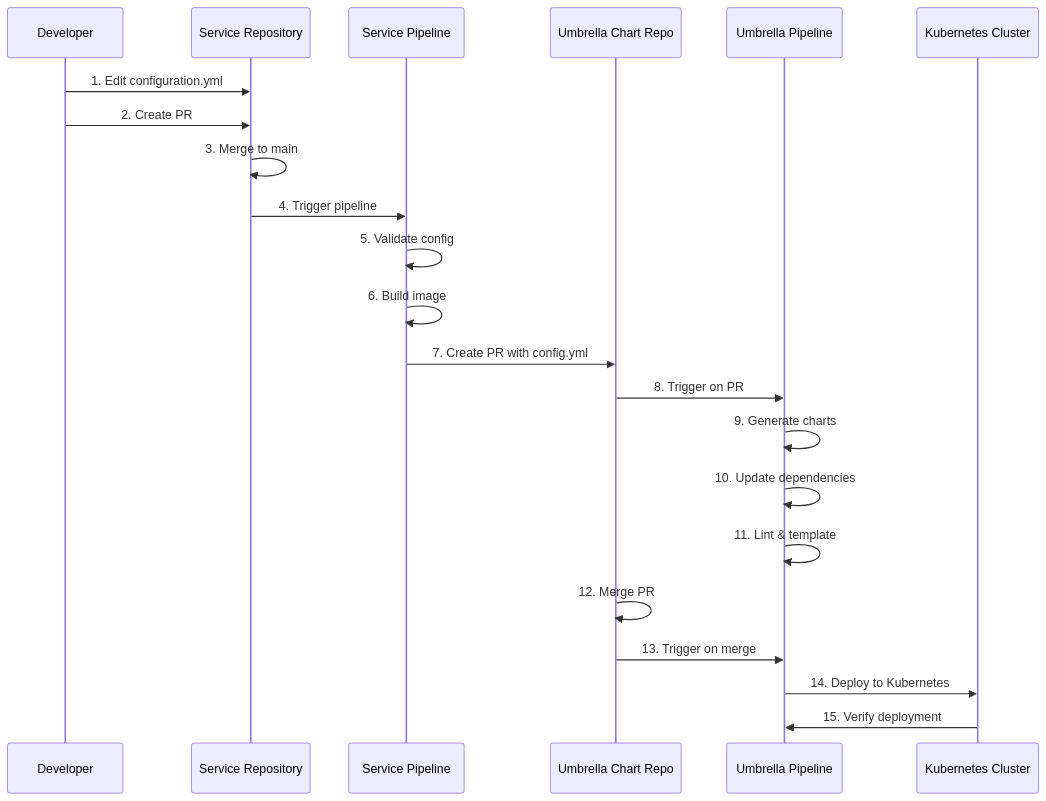
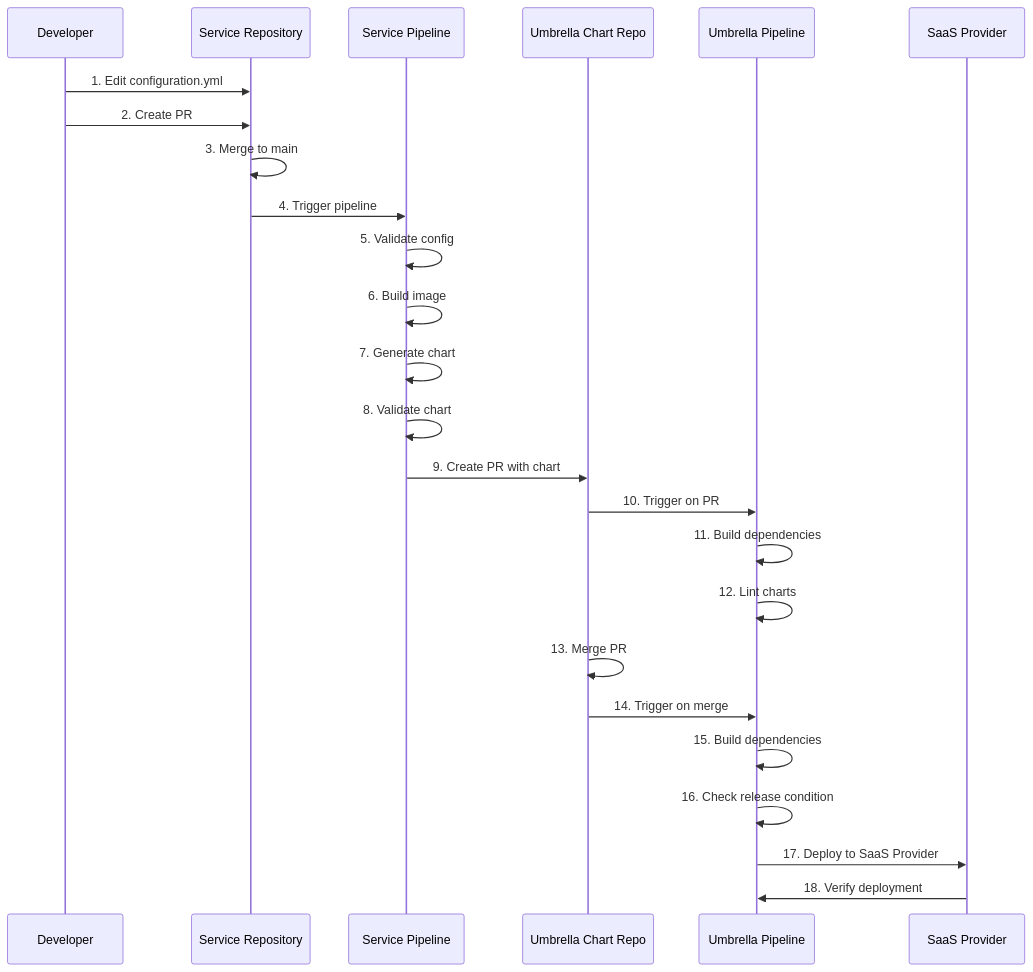
One commit to caretak3r/helm-factory changed the fourth of 11 diagrams in ADR.md. Above: the diagram before and after it, drawn with Mermaid. The commit also changed other lines of this file, not shown here.

````diff
--- a/ADR.md
+++ b/ADR.md
@@ -379,28 +383,31 @@
 ```mermaid
 sequenceDiagram
     participant Dev as Developer
     participant ServiceRepo as Service Repository
     participant ServicePipeline as Service Pipeline
     participant UmbrellaRepo as Umbrella Chart Repo
     participant UmbrellaPipeline as Umbrella Pipeline
-    participant K8S as Kubernetes Cluster
+    participant SaaS as SaaS Provider
     
     Dev->>ServiceRepo: 1. Edit configuration.yml
     Dev->>ServiceRepo: 2. Create PR
     ServiceRepo->>ServiceRepo: 3. Merge to main
     
     ServiceRepo->>ServicePipeline: 4. Trigger pipeline
     ServicePipeline->>ServicePipeline: 5. Validate config
     ServicePipeline->>ServicePipeline: 6. Build image
-    ServicePipeline->>UmbrellaRepo: 7. Create PR with config.yml
+    ServicePipeline->>ServicePipeline: 7. Generate chart
+    ServicePipeline->>ServicePipeline: 8. Validate chart
+    ServicePipeline->>UmbrellaRepo: 9. Create PR with chart
     
-    UmbrellaRepo->>UmbrellaPipeline: 8. Trigger on PR
-    UmbrellaPipeline->>UmbrellaPipeline: 9. Generate charts
-    UmbrellaPipeline->>UmbrellaPipeline: 10. Update dependencies
-    UmbrellaPipeline->>UmbrellaPipeline: 11. Lint & template
+    UmbrellaRepo->>UmbrellaPipeline: 10. Trigger on PR
+    UmbrellaPipeline->>UmbrellaPipeline: 11. Build dependencies
+    UmbrellaPipeline->>UmbrellaPipeline: 12. Lint charts
     
-    UmbrellaRepo->>UmbrellaRepo: 12. Merge PR
-    UmbrellaRepo->>UmbrellaPipeline: 13. Trigger on merge
-    UmbrellaPipeline->>K8S: 14. Deploy to Kubernetes
-    K8S->>UmbrellaPipeline: 15. Verify deployment
+    UmbrellaRepo->>UmbrellaRepo: 13. Merge PR
+    UmbrellaRepo->>UmbrellaPipeline: 14. Trigger on merge
+    UmbrellaPipeline->>UmbrellaPipeline: 15. Build dependencies
+    UmbrellaPipeline->>UmbrellaPipeline: 16. Check release condition
+    UmbrellaPipeline->>SaaS: 17. Deploy to SaaS Provider
+    SaaS->>UmbrellaPipeline: 18. Verify deployment
 ```
````
